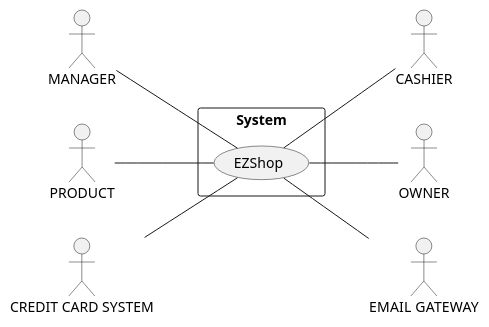
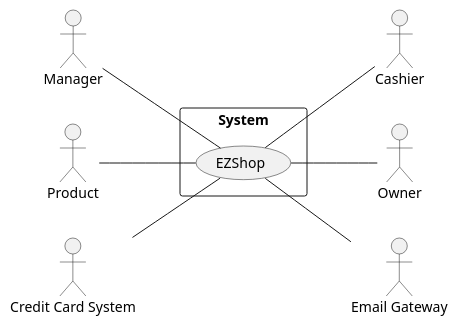
Before and after one commit to MatteoBattilana/EzShop: the first of 9 diagrams in Deliverables/RequirementsDocument.md, drawn with PlantUML. The commit also changed other lines of this file, not shown here.

````diff
--- a/Deliverables/RequirementsDocument.md
+++ b/Deliverables/RequirementsDocument.md
@@ -68,16 +68,16 @@
 ```plantuml
 @startuml
 left to right direction
 
 rectangle System {
   usecase "EZShop" AS S
 }
 
-CASHIER -up- S
-OWNER -up- S
-MANAGER -- S
-PRODUCT -- S
-:CREDIT CARD SYSTEM: -down- S
-:EMAIL GATEWAY: -up- S
+Cashier -up- S
+Owner -up- S
+Manager -- S
+Product -- S
+:Credit Card System: -down- S
+:Email Gateway: -up- S
 @enduml
 ```
````
